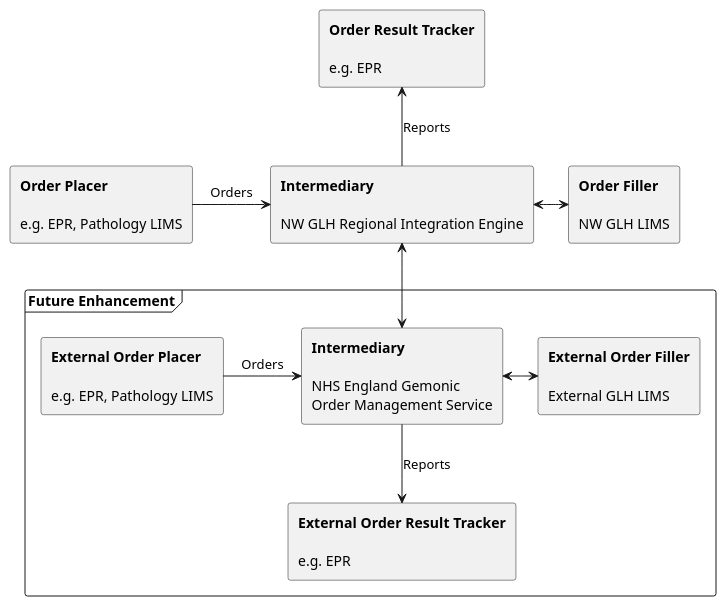
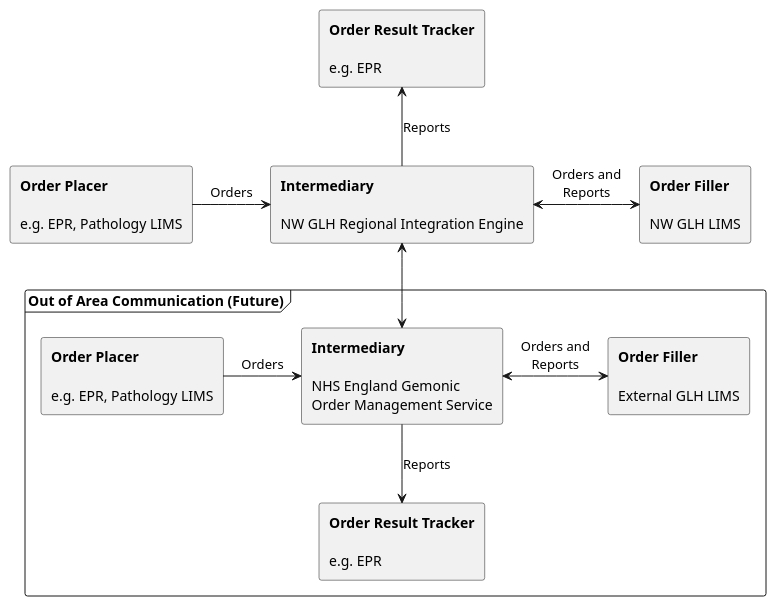
Before and after one commit to nw-gmsa/nw-gmsa.github.com: the diagram in input/images-source/RIE-component.plantuml, drawn with PlantUML. The commit also changed 2 other files, not shown here.

```diff
--- a/input/images-source/RIE-component.plantuml
+++ b/input/images-source/RIE-component.plantuml
@@ -1,25 +1,25 @@
 @startuml
 
 
   agent "**Order Placer**\n\ne.g. EPR, Pathology LIMS" as Placer
   agent "**Order Filler**\n\nNW GLH LIMS" as Filler
 
   agent "**Order Result Tracker**\n\ne.g. EPR" as Tracker
   agent "**Intermediary**\n\nNW GLH Regional Integration Engine" as RIE
 
-  frame "Future Enhancement" as future {
+  frame "Out of Area Communication (Future)" as future {
     agent "**Intermediary**\n\nNHS England Gemonic\nOrder Management Service" as GOMS
-    agent "**External Order Placer**\n\ne.g. EPR, Pathology LIMS" as xPlacer
-    agent "**External Order Filler**\n\nExternal GLH LIMS" as xFiller
-     agent "**External Order Result Tracker**\n\ne.g. EPR" as xTracker
+    agent "**Order Placer**\n\ne.g. EPR, Pathology LIMS" as xPlacer
+    agent "**Order Filler**\n\nExternal GLH LIMS" as xFiller
+     agent "**Order Result Tracker**\n\ne.g. EPR" as xTracker
   }
 
 Placer -r-> RIE: Orders
 xPlacer -r-> GOMS: Orders
-RIE <-r-> Filler
+RIE <-r-> Filler: Orders and\nReports
 RIE -u-> Tracker: Reports
 GOMS -d-> xTracker: Reports
 RIE <-d-> GOMS
-GOMS <-r-> xFiller
+GOMS <-r-> xFiller: Orders and\nReports
 
 @enduml
```
